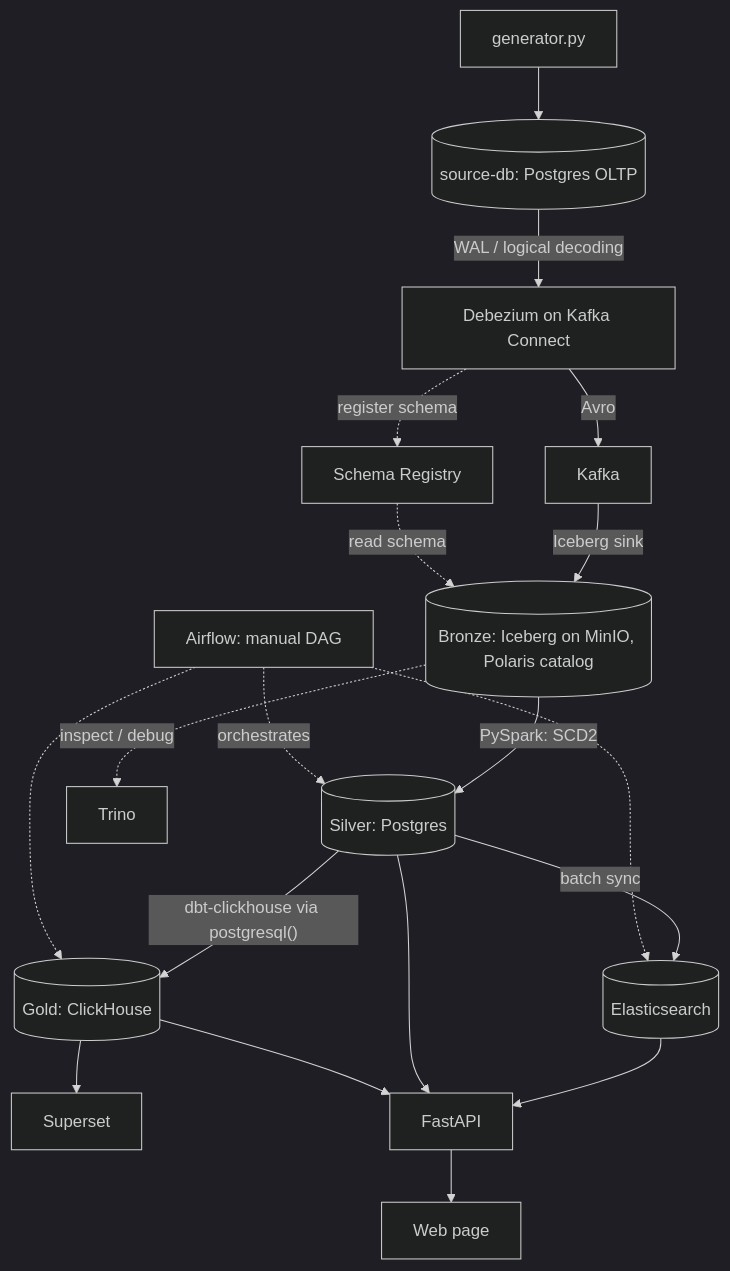
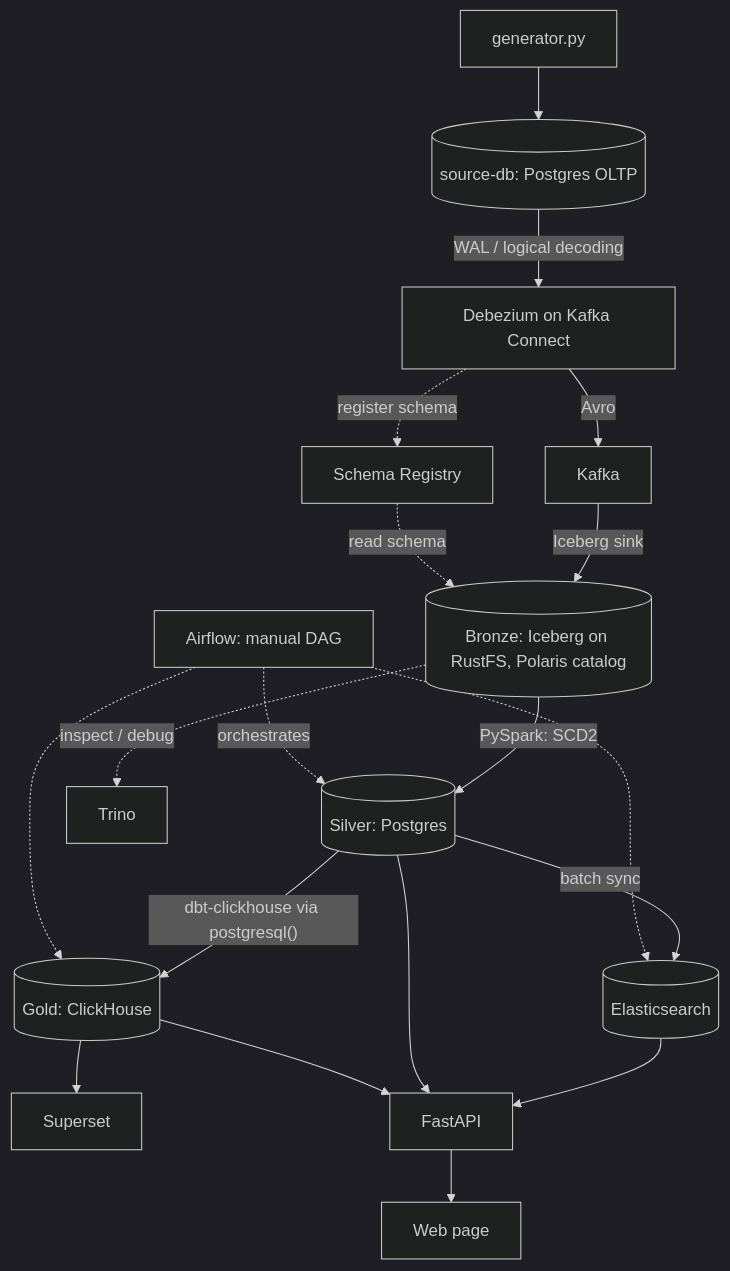
Before and after one commit to nguyenanhduc6479/lakehouse-project: the diagram in docs/dataplatform-design.md, drawn with Mermaid (dark theme). The commit also changed other lines of this file and 28 other files, not shown here.

````diff
--- a/docs/dataplatform-design.md
+++ b/docs/dataplatform-design.md
@@ -17,21 +18,21 @@
 ```mermaid
 flowchart TD
     GEN["generator.py"] --> SRC[("source-db: Postgres OLTP")]
     SRC -->|"WAL / logical decoding"| DBZ["Debezium on Kafka Connect"]
     DBZ -->|Avro| KAFKA[Kafka]
     DBZ -.->|"register schema"| SR[Schema Registry]
-    KAFKA -->|"Iceberg sink"| BRONZE[("Bronze: Iceberg on MinIO, Polaris catalog")]
+    KAFKA -->|"Iceberg sink"| BRONZE[("Bronze: Iceberg on RustFS, Polaris catalog")]
     SR -.->|"read schema"| BRONZE
     BRONZE -->|"PySpark: SCD2"| SILVER[("Silver: Postgres")]
     BRONZE -.->|"inspect / debug"| TRINO[Trino]
     SILVER -->|"batch sync"| ES[(Elasticsearch)]
     SILVER -->|"dbt-clickhouse via postgresql()"| GOLD[("Gold: ClickHouse")]
     GOLD --> SUPERSET[Superset]
     ES --> API[FastAPI]
     SILVER --> API
     GOLD --> API
     API --> WEB[Web page]
     AIRFLOW["Airflow: manual DAG"] -.->|orchestrates| SILVER
     AIRFLOW -.-> ES
     AIRFLOW -.-> GOLD
 ```
````
